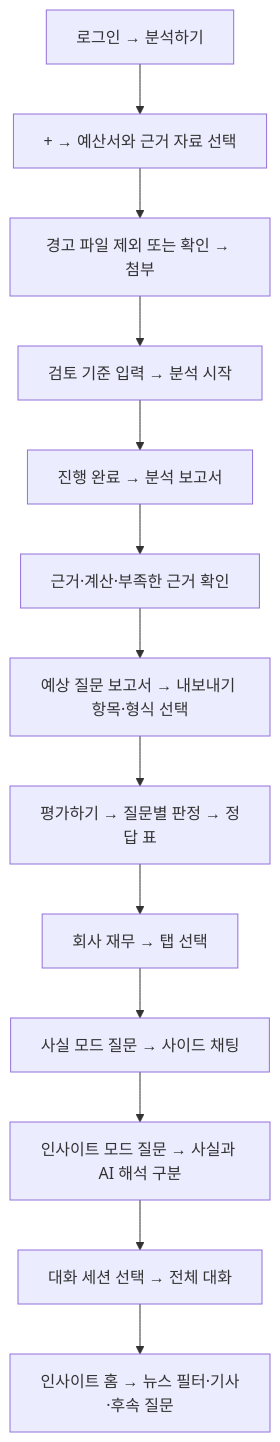
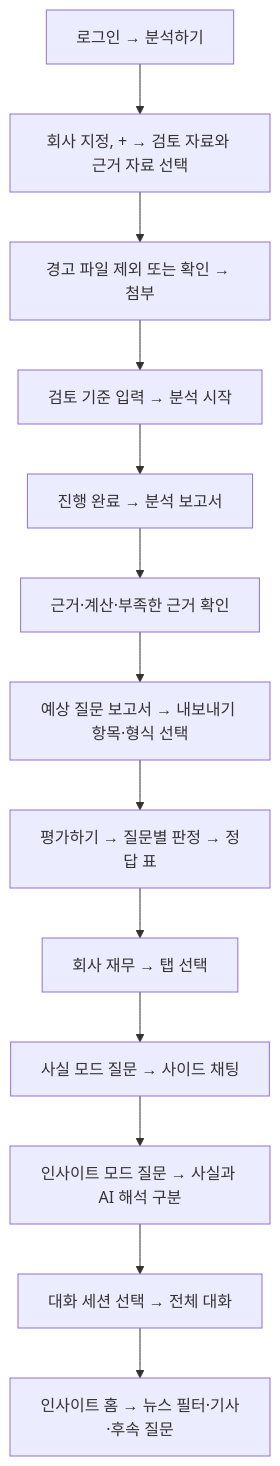
One commit to vamos-team/telescope changed the second of 2 diagrams in docs/frontend/demo/ia.md. Above: the diagram before and after it, drawn with Mermaid. The commit also changed other lines of this file and 1 other file, not shown here.

````diff
--- a/docs/frontend/demo/ia.md
+++ b/docs/frontend/demo/ia.md
@@ -452,15 +453,15 @@
 ```mermaid
 flowchart TD
-  A["로그인 → 분석하기"] --> B["+ → 예산서와 근거 자료 선택"]
+  A["로그인 → 분석하기"] --> B["회사 지정, + → 검토 자료와 근거 자료 선택"]
   B --> C["경고 파일 제외 또는 확인 → 첨부"]
   C --> D["검토 기준 입력 → 분석 시작"]
   D --> E["진행 완료 → 분석 보고서"]
   E --> F["근거·계산·부족한 근거 확인"]
   F --> G["예상 질문 보고서 → 내보내기 항목·형식 선택"]
   G --> H["평가하기 → 질문별 판정 → 정답 표"]
   H --> I["회사 재무 → 탭 선택"]
   I --> J["사실 모드 질문 → 사이드 채팅"]
   J --> K["인사이트 모드 질문 → 사실과 AI 해석 구분"]
   K --> L["대화 세션 선택 → 전체 대화"]
   L --> M["인사이트 홈 → 뉴스 필터·기사·후속 질문"]
 ```
````
